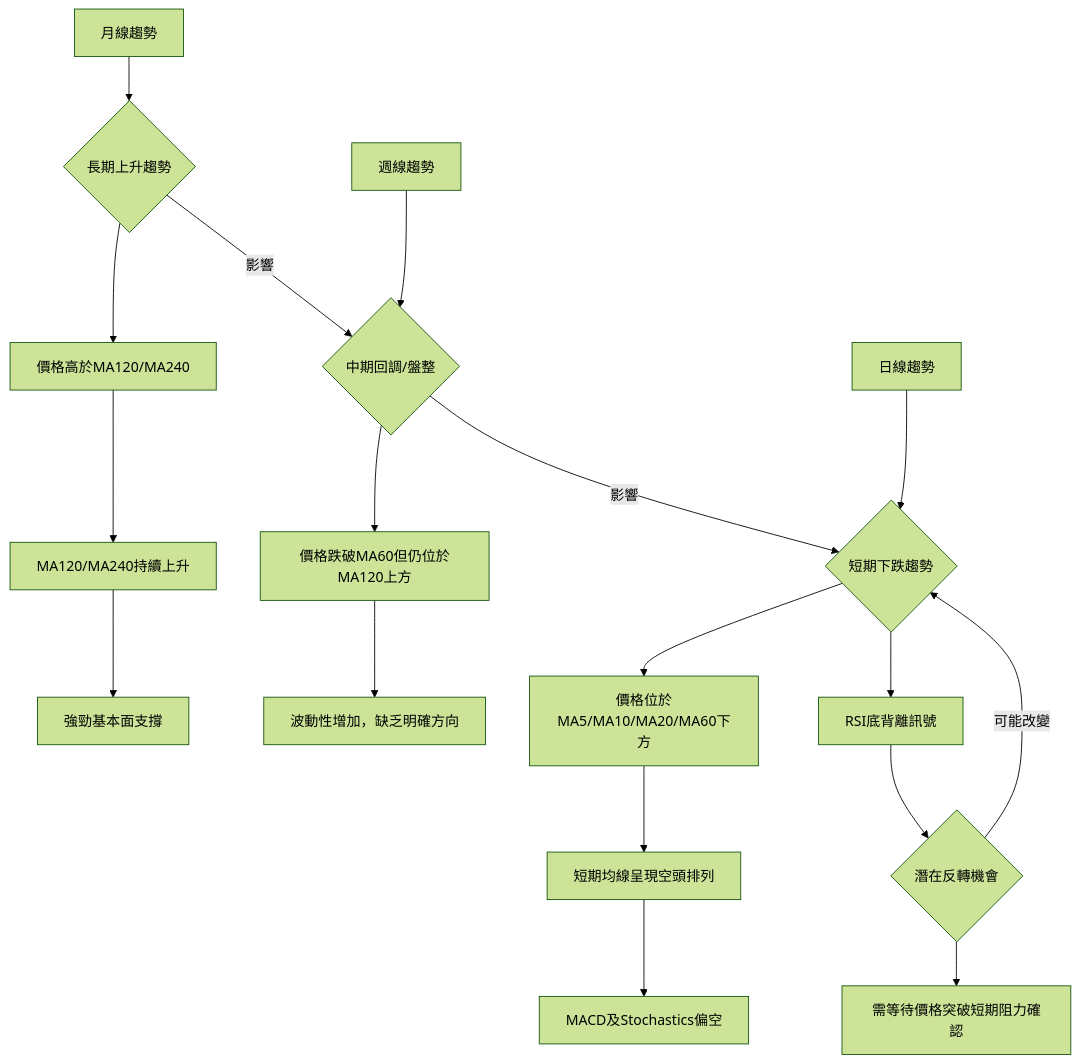
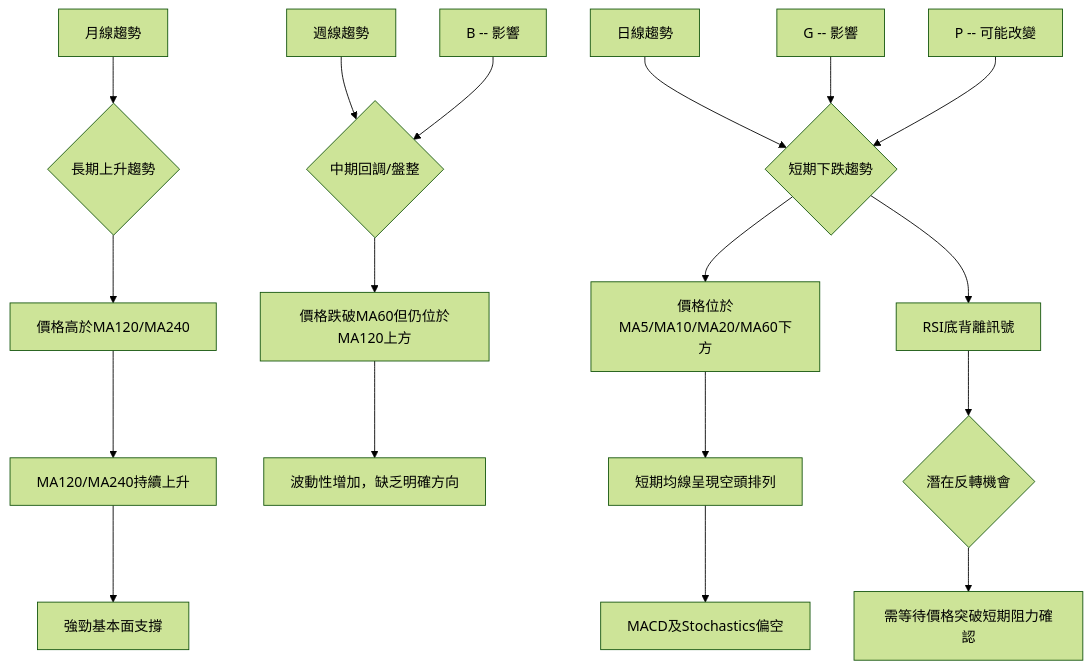
Before and after one commit to yennanliu/finance_data: the second of 13 diagrams in ai_gen_report/stock/nvda/technical_analysis_2026-07-05_gemini.md, drawn with Mermaid (forest theme). The commit also changed other lines of this file and 2258 other files, not shown here.

First line of the commit message:
chore: backfill Mermaid syntax repair across existing reports

````diff
--- a/ai_gen_report/stock/nvda/technical_analysis_2026-07-05_gemini.md
+++ b/ai_gen_report/stock/nvda/technical_analysis_2026-07-05_gemini.md
@@ -119,24 +119,24 @@
 ```mermaid
 graph TD
-    A[月線趨勢] --> B{長期上升趨勢}
-    B --> C[價格高於MA120/MA240]
-    C --> D[MA120/MA240持續上升]
-    D --> E[強勁基本面支撐]
+    A["月線趨勢"] --> B{"長期上升趨勢"}
+    B --> C["價格高於MA120/MA240"]
+    C --> D["MA120/MA240持續上升"]
+    D --> E["強勁基本面支撐"]
 
-    F[週線趨勢] --> G{中期回調/盤整}
-    G --> H[價格跌破MA60但仍位於MA120上方]
-    H --> I[波動性增加，缺乏明確方向]
+    F["週線趨勢"] --> G{"中期回調/盤整"}
+    G --> H["價格跌破MA60但仍位於MA120上方"]
+    H --> I["波動性增加，缺乏明確方向"]
 
-    J[日線趨勢] --> K{短期下跌趨勢}
-    K --> L[價格位於MA5/MA10/MA20/MA60下方]
-    L --> M[短期均線呈現空頭排列]
-    M --> N[MACD及Stochastics偏空]
+    J["日線趨勢"] --> K{"短期下跌趨勢"}
+    K --> L["價格位於MA5/MA10/MA20/MA60下方"]
+    L --> M["短期均線呈現空頭排列"]
+    M --> N["MACD及Stochastics偏空"]
 
-    K --> O[RSI底背離訊號]
-    O --> P{潛在反轉機會}
-    P --> Q[需等待價格突破短期阻力確認]
+    K --> O["RSI底背離訊號"]
+    O --> P{"潛在反轉機會"}
+    P --> Q["需等待價格突破短期阻力確認"]
 
-    B -- 影響 --> G
-    G -- 影響 --> K
-    P -- 可能改變 --> K
+    nb1["B -- 影響"] --> G
+    nb2["G -- 影響"] --> K
+    nb3["P -- 可能改變"] --> K
 ```
````
